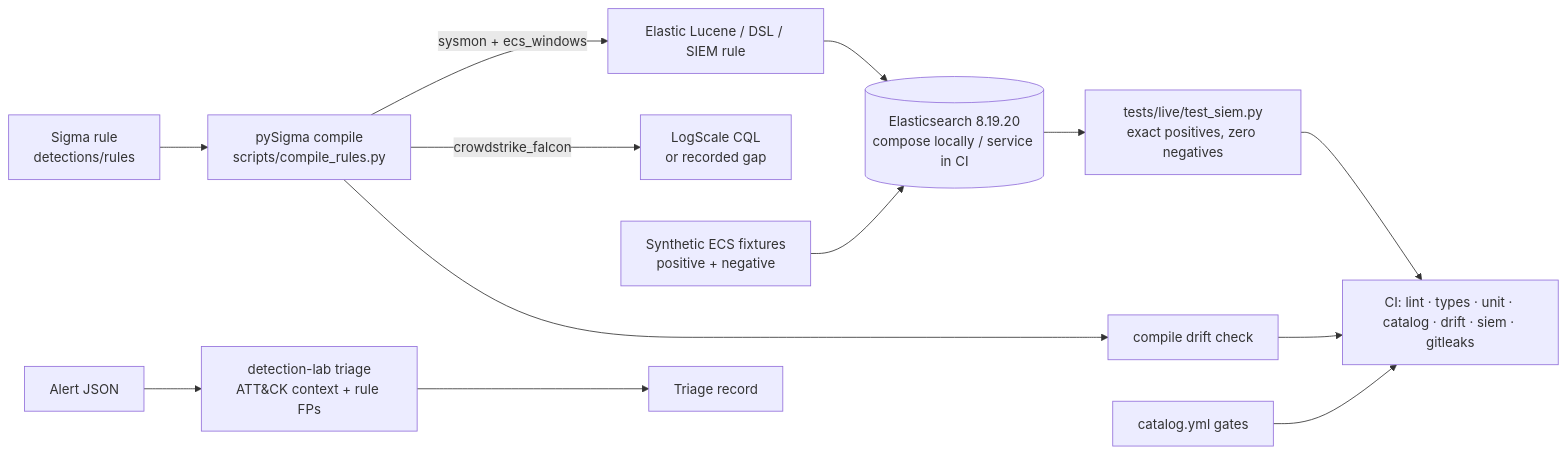
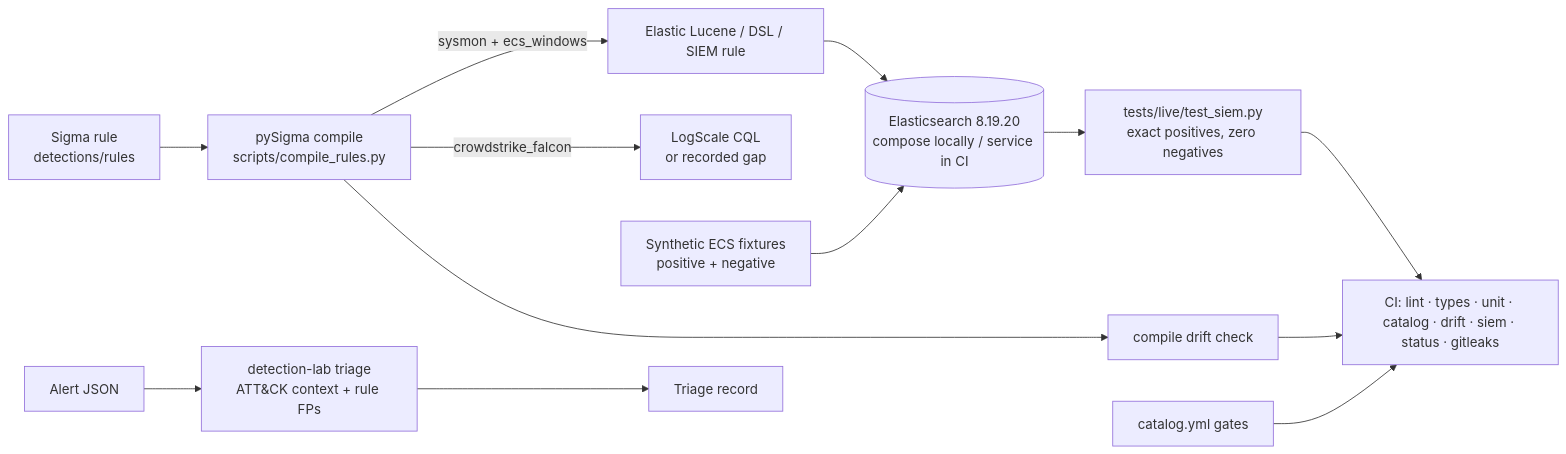
The diagram in README.md (nick-bellows/detection-engineering-lab), drawn with Mermaid before and after one commit. The commit also changed other lines of this file and 11 other files, not shown here.

First line of the commit message:
Restructure docs into one design doc; add a generated, drift-checked status matrix visual

````diff
--- a/README.md
+++ b/README.md
@@ -33,14 +52,14 @@
 ```mermaid
 flowchart LR
     R[Sigma rule<br/>detections/rules] --> C[pySigma compile<br/>scripts/compile_rules.py]
     C -->|sysmon + ecs_windows| E[Elastic Lucene / DSL / SIEM rule]
     C -->|crowdstrike_falcon| L[LogScale CQL<br/>or recorded gap]
     F[Synthetic ECS fixtures<br/>positive + negative] --> S[(Elasticsearch 8.19.20<br/>compose locally / service in CI)]
     E --> S
     S --> T[tests/live/test_siem.py<br/>exact positives, zero negatives]
     C --> D[compile drift check]
-    K[catalog.yml gates] --> G[CI: lint · types · unit · catalog · drift · siem · gitleaks]
+    K[catalog.yml gates] --> G[CI: lint · types · unit · catalog · drift · siem · status · gitleaks]
     T --> G
     D --> G
     A[Alert JSON] --> N[detection-lab triage<br/>ATT&CK context + rule FPs] --> O[Triage record]
 ```
````
